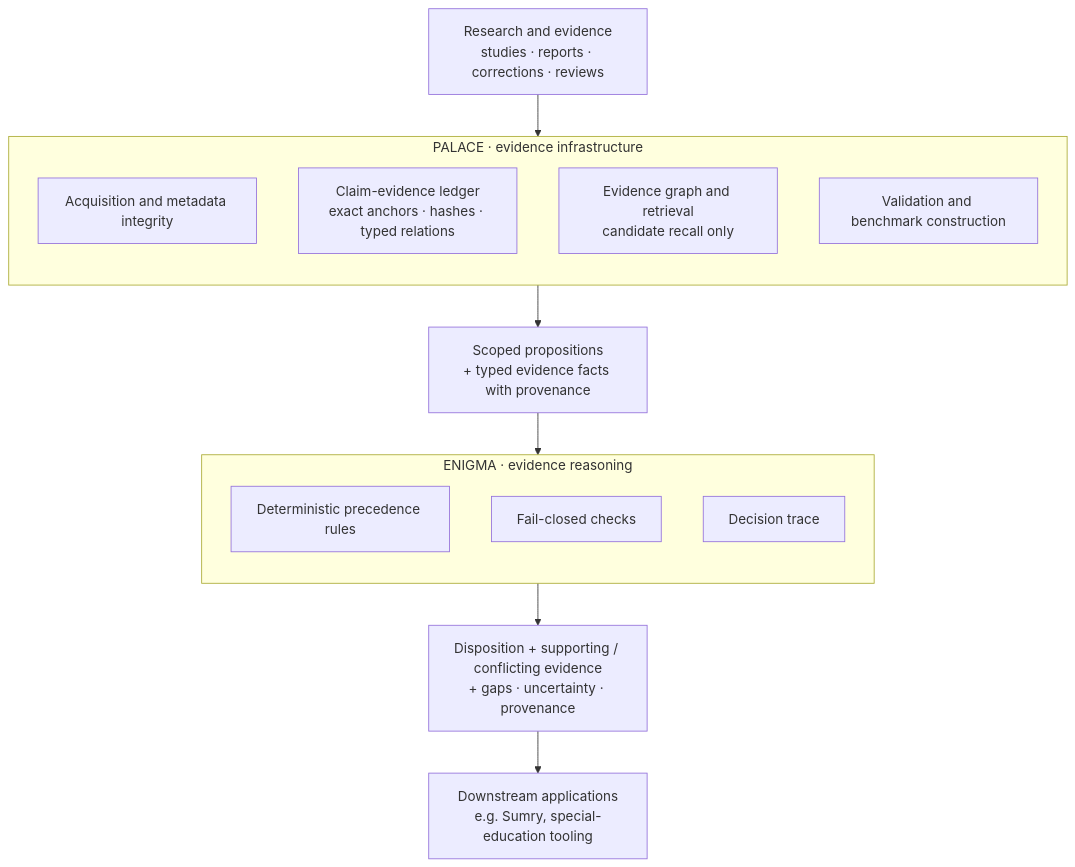
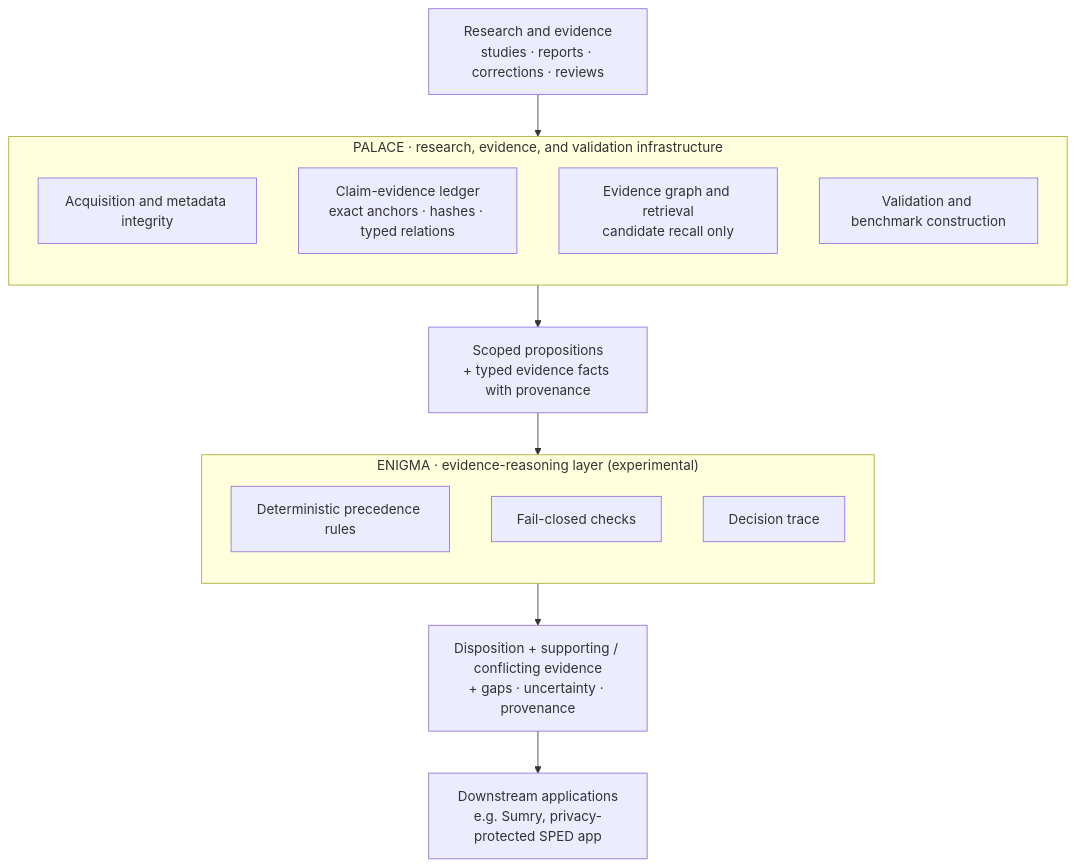
Before and after one commit to sumry-app/Enigma: the diagram in README.md, drawn with Mermaid. The commit also changed other lines of this file and 4 other files, not shown here.

````diff
--- a/README.md
+++ b/README.md
@@ -68,30 +68,30 @@
 ```mermaid
 flowchart TD
     R["Research and evidence<br/>studies · reports · corrections · reviews"]
 
-    subgraph PALACE["PALACE · evidence infrastructure"]
+    subgraph PALACE["PALACE · research, evidence, and validation infrastructure"]
         direction TB
         P1["Acquisition and metadata integrity"]
         P2["Claim-evidence ledger<br/>exact anchors · hashes · typed relations"]
         P3["Evidence graph and retrieval<br/>candidate recall only"]
         P4["Validation and benchmark construction"]
     end
 
     S["Scoped propositions<br/>+ typed evidence facts with provenance"]
 
-    subgraph ENIGMA["ENIGMA · evidence reasoning"]
+    subgraph ENIGMA["ENIGMA · evidence-reasoning layer (experimental)"]
         direction TB
         E1["Deterministic precedence rules"]
         E2["Fail-closed checks"]
         E3["Decision trace"]
     end
 
     O["Disposition + supporting / conflicting evidence<br/>+ gaps · uncertainty · provenance"]
-    A["Downstream applications<br/>e.g. Sumry, special-education tooling"]
+    A["Downstream applications<br/>e.g. Sumry, privacy-protected SPED app"]
 
     R --> PALACE
     PALACE --> S
     S --> ENIGMA
     ENIGMA --> O
     O --> A
 ```
````
